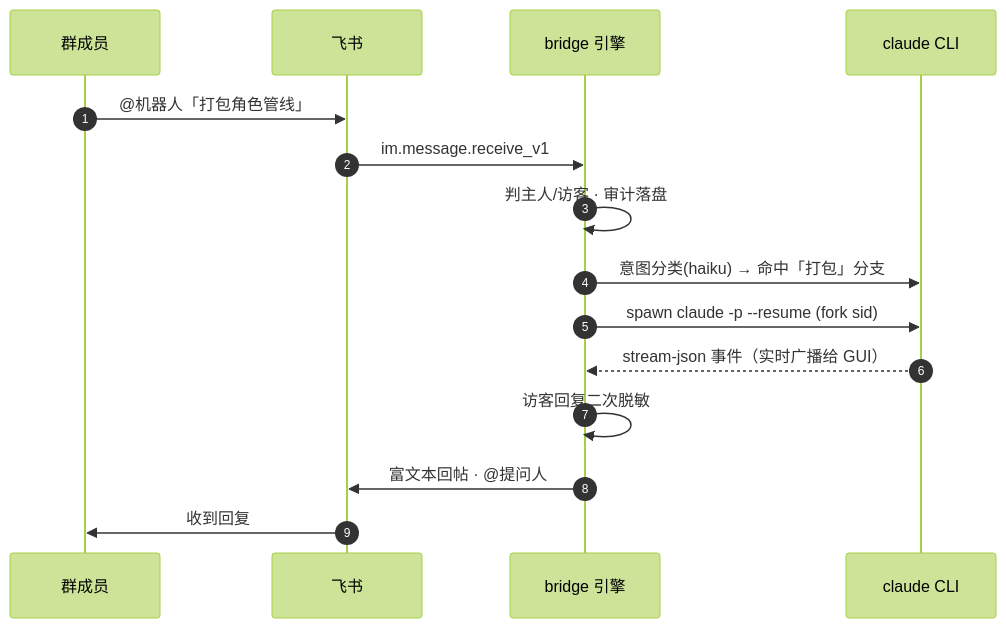
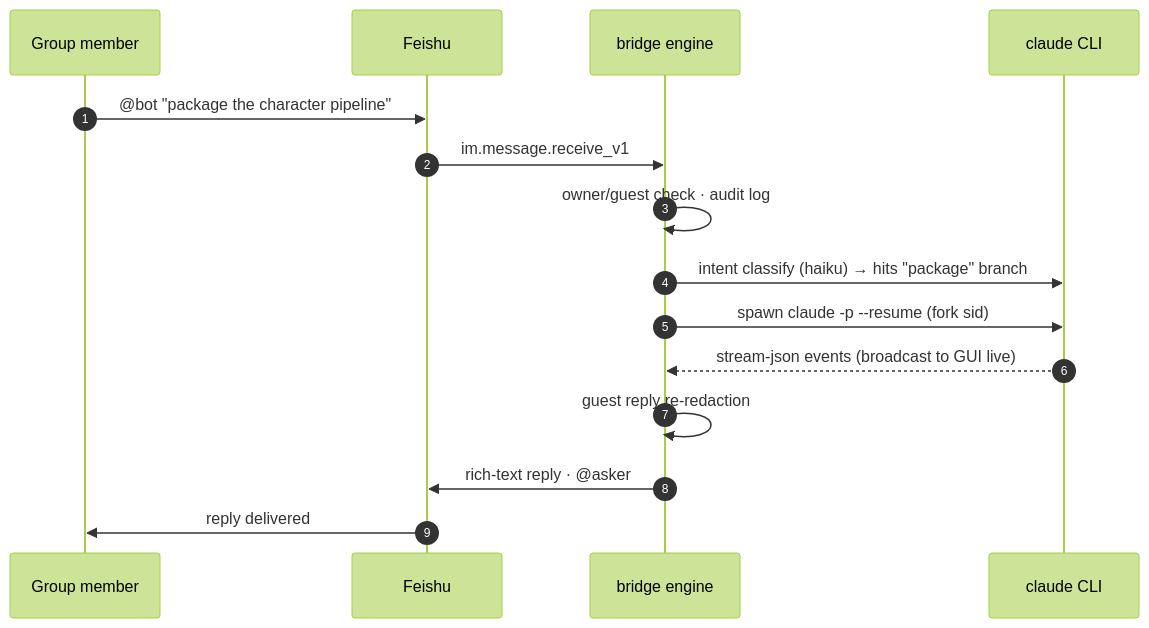
The third of 3 diagrams in README.md (RudAns/OblivionisAgent), drawn with Mermaid (forest theme) before and after one commit. The commit also changed other lines of this file and 4 other files, not shown here.

First line of the commit message:
docs(readme): 英文设为默认 README + 头部加欢迎界面截图

````diff
--- a/README.md
+++ b/README.md
@@ -142,17 +149,17 @@
 ```mermaid
 sequenceDiagram
     autonumber
-    participant U as 群成员
-    participant F as 飞书
-    participant B as bridge 引擎
+    participant U as Group member
+    participant F as Feishu
+    participant B as bridge engine
     participant C as claude CLI
-    U->>F: @机器人「打包角色管线」
+    U->>F: @bot "package the character pipeline"
     F->>B: im.message.receive_v1
-    B->>B: 判主人/访客 · 审计落盘
-    B->>C: 意图分类(haiku) → 命中「打包」分支
+    B->>B: owner/guest check · audit log
+    B->>C: intent classify (haiku) → hits "package" branch
     B->>C: spawn claude -p --resume (fork sid)
-    C-->>B: stream-json 事件（实时广播给 GUI）
-    B->>B: 访客回复二次脱敏
-    B->>F: 富文本回帖 · @提问人
-    F->>U: 收到回复
+    C-->>B: stream-json events (broadcast to GUI live)
+    B->>B: guest reply re-redaction
+    B->>F: rich-text reply · @asker
+    F->>U: reply delivered
 ```
````
